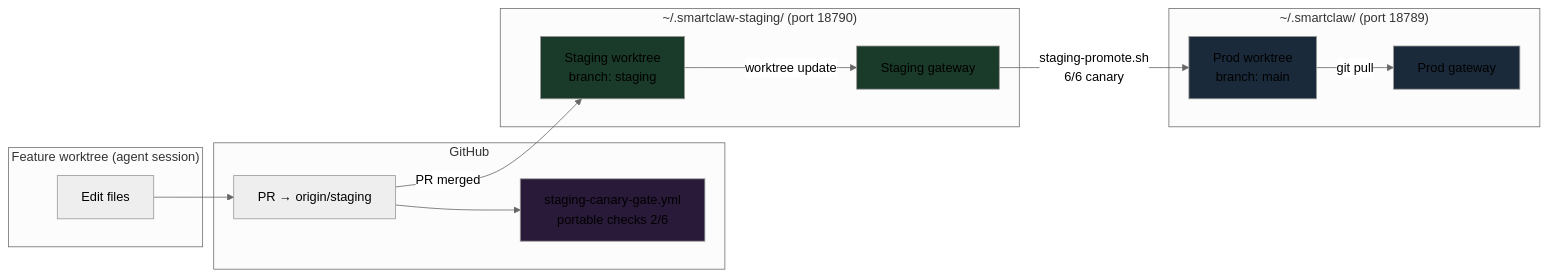
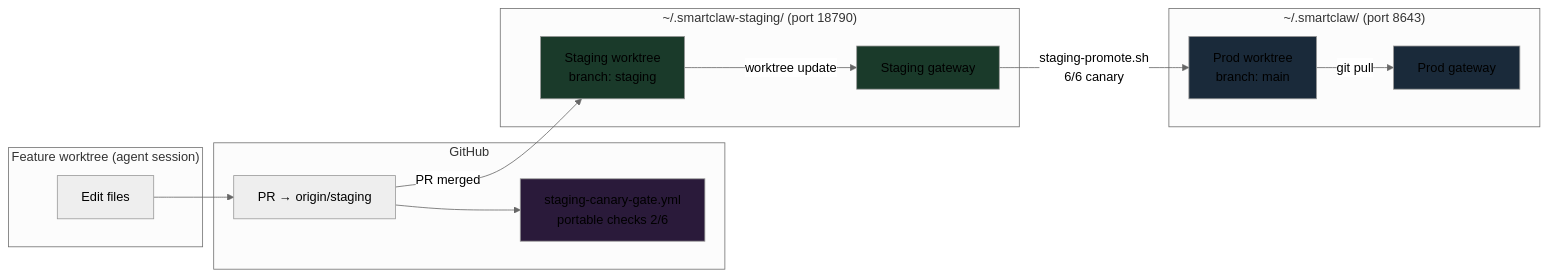
One commit to jleechanorg/jleechanbrain changed the diagram in docs/STAGING_PIPELINE.md. Above: the diagram before and after it, drawn with Mermaid (neutral theme). The commit also changed other lines of this file and 356 other files, not shown here.

````diff
--- a/docs/STAGING_PIPELINE.md
+++ b/docs/STAGING_PIPELINE.md
@@ -46,34 +46,34 @@
 ```mermaid
 flowchart LR
     subgraph FeatureWorktree["Feature worktree (agent session)"]
         A[Edit files]
     end
 
     subgraph GitHub["GitHub"]
         PR["PR → origin/staging"]
         CI["staging-canary-gate.yml\nportable checks 2/6"]
     end
 
     subgraph StagingEnv["~/.smartclaw-staging/  (port 18790)"]
         SW[Staging worktree\nbranch: staging]
         SG[Staging gateway]
     end
 
-    subgraph ProdEnv["~/.smartclaw/  (port 18789)"]
+    subgraph ProdEnv["~/.smartclaw/  (port 8643)"]
         PW[Prod worktree\nbranch: main]
         PG[Prod gateway]
     end
 
     A --> PR
     PR --> CI
     PR -->|"PR merged"| SW
     SW -->|"worktree update"| SG
     SG -->|"staging-promote.sh\n6/6 canary"| PW
     PW -->|"git pull"| PG
 
     style SW fill:#1a3a2a
     style SG fill:#1a3a2a
     style PW fill:#1a2a3a
     style PG fill:#1a2a3a
     style CI fill:#2a1a3a
 ```
````
